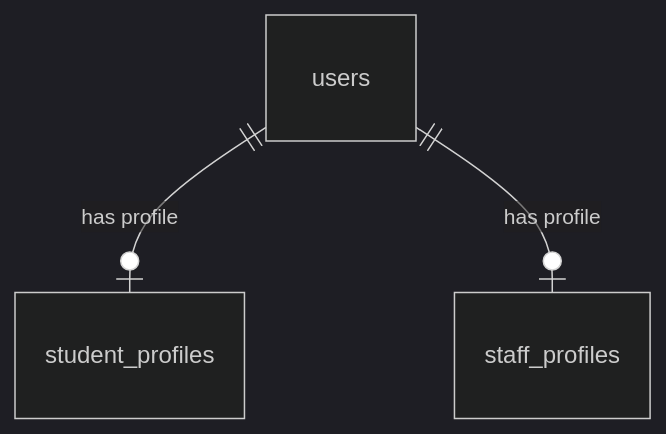
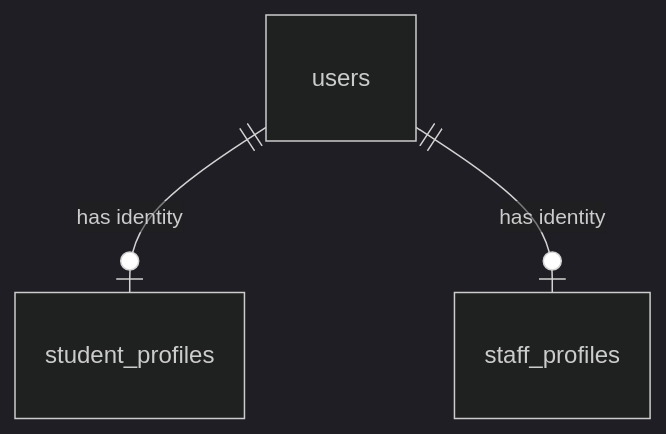
One commit to AndrewEmad14/attendance-and-grading-platform-backend changed the first of 6 diagrams in README.md. Above: the diagram before and after it, drawn with Mermaid (dark theme). The commit also changed other lines of this file and 1 other file, not shown here.

````diff
--- a/README.md
+++ b/README.md
@@ -131,8 +131,5 @@
 ```mermaid
 erDiagram
-    users {}
-    student_profiles {}
-    staff_profiles {}
-    users ||--o| student_profiles : "has profile"
-    users ||--o| staff_profiles   : "has profile"
+    users ||--o| student_profiles : "has identity"
+    users ||--o| staff_profiles : "has identity"
 ```
````
